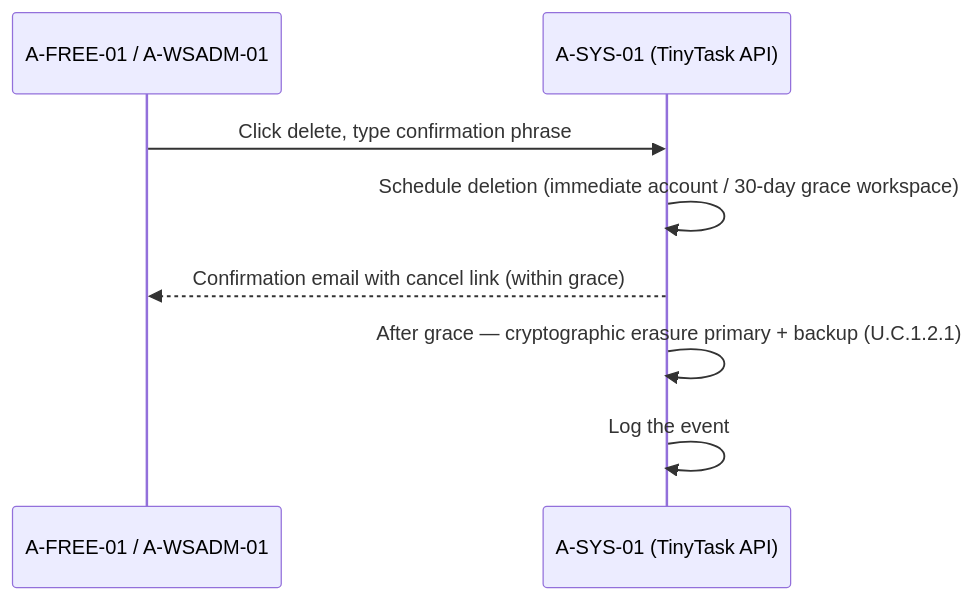
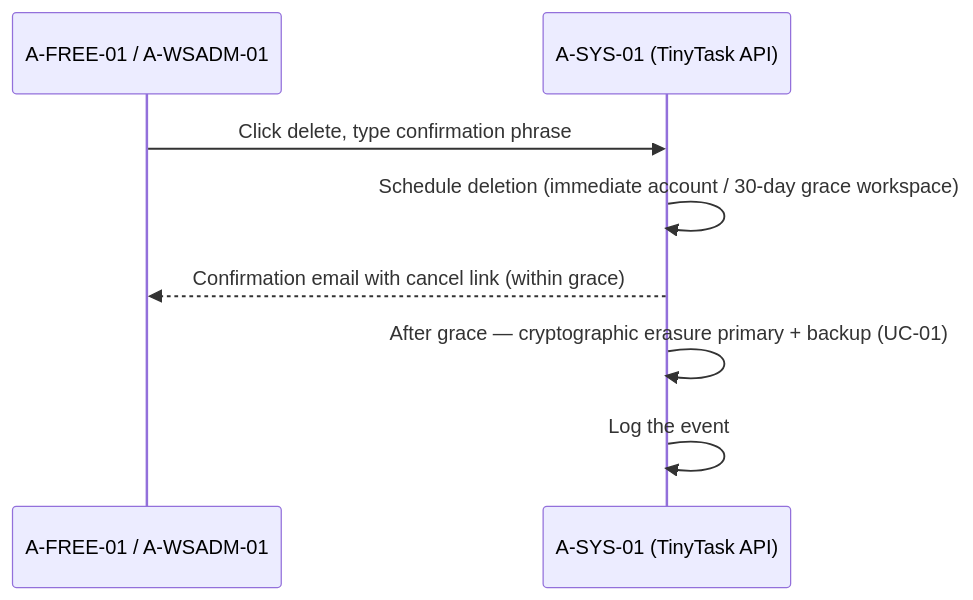
Diagram 23 of 23 in 02_CASES/Case_01_TinyTask_SaaS/03_PHASE3_DECOMPOSITION_RICH/annexes/B_Sequence_Diagrams.md (pauloribeiro16/Methodology_compact), drawn with Mermaid before and after one commit. The commit also changed other lines of this file and 34 other files, not shown here.

Commit message:
[EXECUTOR] F2 RENUMBER Case_01: U.C.x.y.z flattened → UC-01..40 (compliance 01..17 + product 18..40), two-phase, 20 files, xlsx+builder regenerated, 11 SVGs re-rendered; gates PASS (verify_rich 0, audit 100%, mermaid 192/192, smoke 16/16)

````diff
--- a/02_CASES/Case_01_TinyTask_SaaS/03_PHASE3_DECOMPOSITION_RICH/annexes/B_Sequence_Diagrams.md
+++ b/02_CASES/Case_01_TinyTask_SaaS/03_PHASE3_DECOMPOSITION_RICH/annexes/B_Sequence_Diagrams.md
@@ -293,10 +294,10 @@
 ```mermaid
 sequenceDiagram
     participant U as A-FREE-01 / A-WSADM-01
     participant SYS as A-SYS-01 (TinyTask API)
     U->>SYS: Click delete, type confirmation phrase
     SYS->>SYS: Schedule deletion (immediate account / 30-day grace workspace)
     SYS-->>U: Confirmation email with cancel link (within grace)
-    SYS->>SYS: After grace — cryptographic erasure primary + backup (U.C.1.2.1)
+    SYS->>SYS: After grace — cryptographic erasure primary + backup (UC-01)
     SYS->>SYS: Log the event
 ```
````
